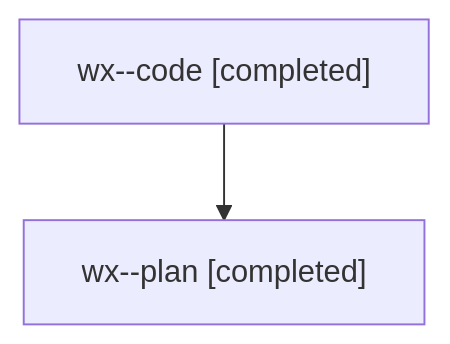
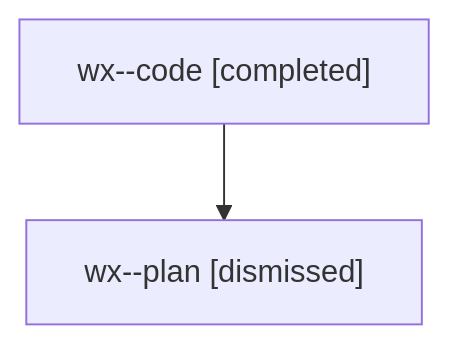
Before and after one commit to sase-org/sase--agents: the diagram in families/bbugyi200.athena.wx.md, drawn with Mermaid. The commit also changed other lines of this file and 2170 other files, not shown here.

````diff
--- a/families/bbugyi200.athena.wx.md
+++ b/families/bbugyi200.athena.wx.md
@@ -9,6 +9,6 @@
 ```mermaid
 flowchart TD
   n0["wx--code [completed]"]
-  n1["wx--plan [completed]"]
+  n1["wx--plan [dismissed]"]
   n0 --> n1
 ```
````
